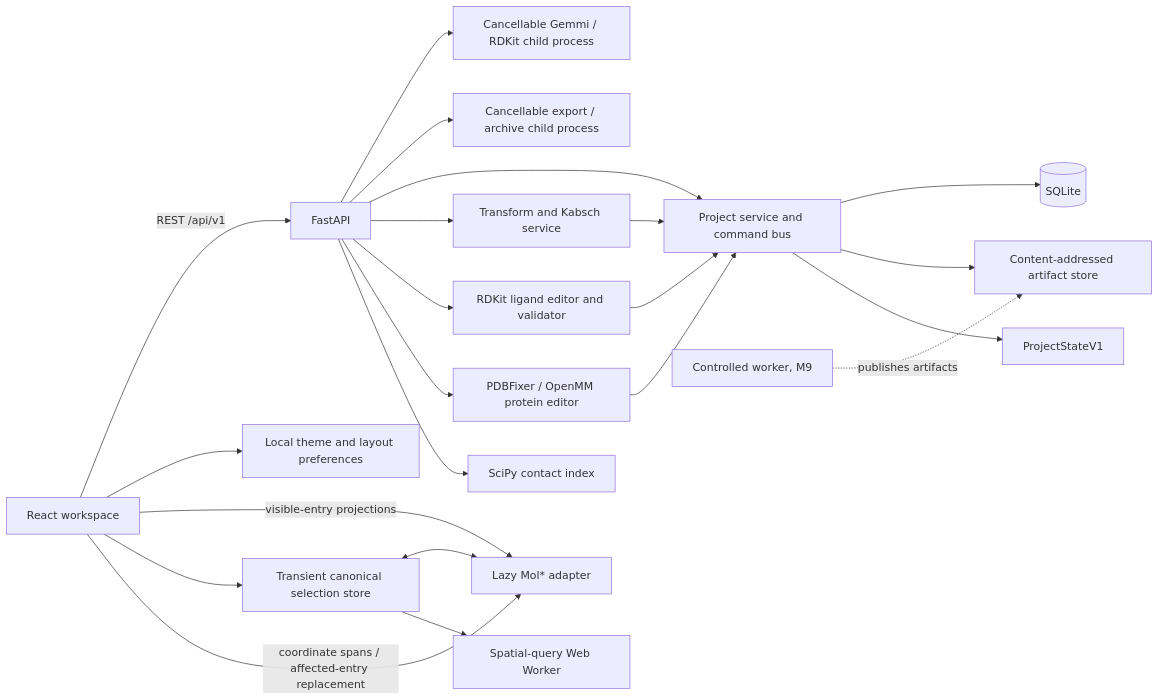
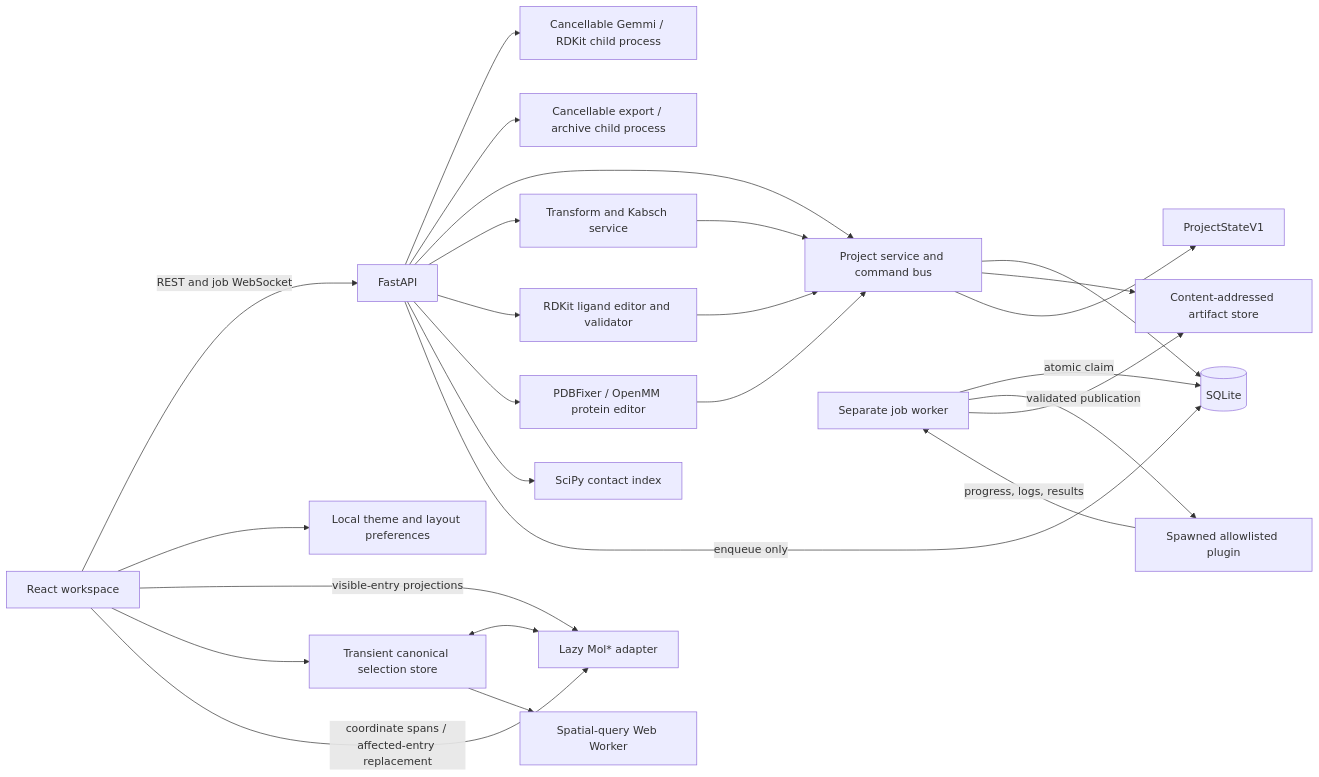
Before and after one commit to ManuelSe/Neistra: the diagram in README.md, drawn with Mermaid. The commit also changed other lines of this file and 5 other files, not shown here.

````diff
--- a/README.md
+++ b/README.md
@@ -49,24 +54,28 @@
 ```mermaid
 flowchart LR
-    UI[React workspace] -->|REST /api/v1| API[FastAPI]
+    UI[React workspace] -->|REST and job WebSocket| API[FastAPI]
     UI --> PREFS[Local theme and layout preferences]
     API --> PARSE[Cancellable Gemmi / RDKit child process]
     API --> EXPORT[Cancellable export / archive child process]
     API --> PS[Project service and command bus]
     API --> COORD[Transform and Kabsch service]
     API --> EDIT[RDKit ligand editor and validator]
     API --> PEDIT[PDBFixer / OpenMM protein editor]
     COORD --> PS
     EDIT --> PS
     PEDIT --> PS
     PS --> DB[(SQLite)]
     PS --> ART[Content-addressed artifact store]
     PS --> STATE[ProjectStateV1]
     UI -->|visible-entry projections| VIEWER[Lazy Mol* adapter]
     UI --> SELECT[Transient canonical selection store]
     SELECT <--> VIEWER
     SELECT --> WORKER[Spatial-query Web Worker]
     UI -->|coordinate spans / affected-entry replacement| VIEWER
     API --> CONTACTS[SciPy contact index]
-    JOBS[Controlled worker, M9] -. publishes artifacts .-> ART
+    API -->|enqueue only| DB
+    JOBS[Separate job worker] -->|atomic claim| DB
+    JOBS --> CHILD[Spawned allowlisted plugin]
+    CHILD -->|progress, logs, results| JOBS
+    JOBS -->|validated publication| ART
 ```
````
